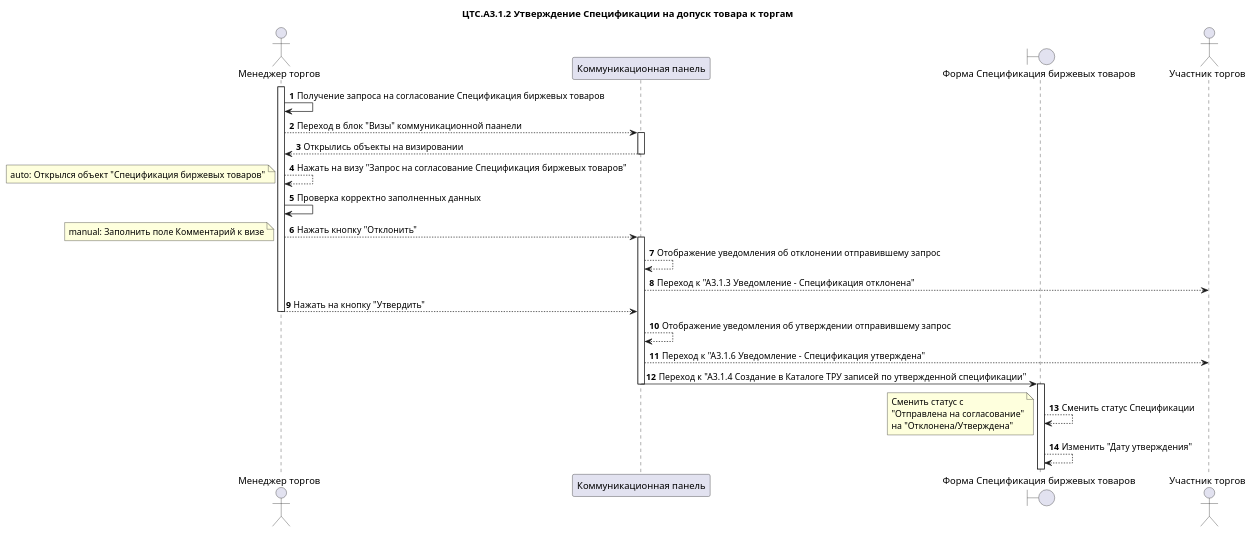
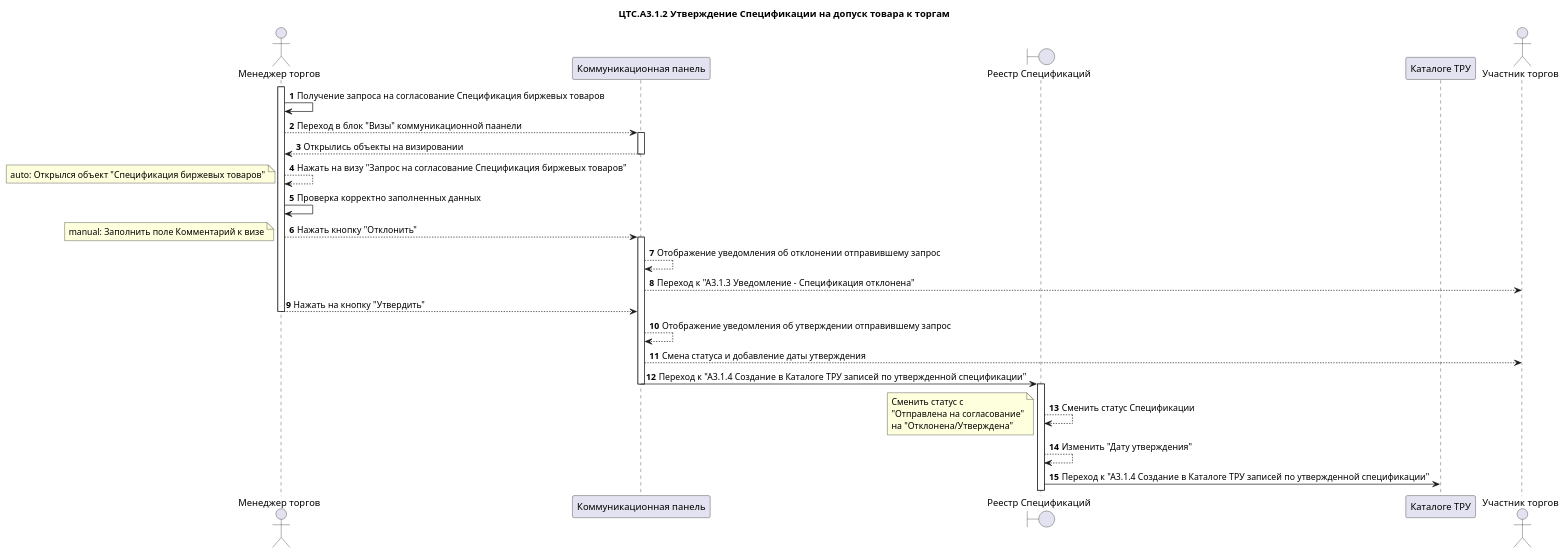
One commit to moaxmoaxpxrf4jag/CTS.Documentation changed the diagram in Project solutions/БП. Диаграммы/A3.Управление Каталогом ТРУ/А3.1 Допуск товара к торгам/ЦТС.А3.1.2 Утверждение Спецификации на допуск товара к торгам.wsd. Above: the diagram before and after it, drawn with PlantUML. The commit also changed 2 other files, not shown here.

```diff
--- a/Project solutions/БП. Диаграммы/A3.Управление Каталогом ТРУ/А3.1 Допуск товара к торгам/ЦТС.А3.1.2 Утверждение Спецификации на допуск товара к торгам.wsd
+++ b/Project solutions/БП. Диаграммы/A3.Управление Каталогом ТРУ/А3.1 Допуск товара к торгам/ЦТС.А3.1.2 Утверждение Спецификации на допуск товара к торгам.wsd
@@ -1,53 +1,56 @@
 @startuml "ЦТС.А3.1 Допуск товара к торгам"
 title "ЦТС.А3.1.2 Утверждение Спецификации на допуск товара к торгам"
 actor "Менеджер торгов" as UserCTS
 participant "Коммуникационная панель" as CommunicationPanel
-boundary "Форма Спецификация биржевых товаров" as Specification
+boundary "Реестр Спецификаций" as Specification
+participant "Каталоге ТРУ" as Communication
 actor "Участник торгов" as User
 
 autonumber
 
 activate UserCTS
 UserCTS->UserCTS: Получение запроса на согласование Спецификация биржевых товаров
 
 
 UserCTS-->CommunicationPanel: Переход в блок "Визы" коммуникационной паанели
 activate CommunicationPanel
 CommunicationPanel-->UserCTS: Открылись объекты на визировании
 deactivate CommunicationPanel
 UserCTS-->UserCTS: Нажать на визу "Запрос на согласование Спецификация биржевых товаров"
 
 note left
  auto: Открылся объект "Спецификация биржевых товаров"
 end note 
 
 UserCTS->UserCTS: Проверка корректно заполненных данных
 
         UserCTS-->CommunicationPanel: Нажать кнопку "Отклонить"
     note left
          manual: Заполнить поле Комментарий к визе
     end note
     activate CommunicationPanel
 
 CommunicationPanel-->CommunicationPanel: Отображение уведомления об отклонении отправившему запрос
 
 CommunicationPanel-->User: Переход к "А3.1.3 Уведомление – Спецификация отклонена"
 
 UserCTS-->CommunicationPanel: Нажать на кнопку "Утвердить"
 deactivate UserCTS
 CommunicationPanel-->CommunicationPanel: Отображение уведомления об утверждении отправившему запрос
 deactivate UserCTS
-CommunicationPanel-->User: Переход к "А3.1.6 Уведомление – Спецификация утверждена"
+CommunicationPanel-->User: Смена статуса и добавление даты утверждения
 
 CommunicationPanel->Specification: Переход к "А3.1.4 Создание в Каталоге ТРУ записей по утвержденной спецификации"
 deactivate CommunicationPanel
 activate Specification
 Specification-->Specification: Сменить статус Спецификации
 note left
     Сменить статус с
     "Отправлена на согласование"
     на "Отклонена/Утверждена"
 end note
 Specification-->Specification: Изменить "Дату утверждения"
 
+Specification->Communication: Переход к "А3.1.4 Создание в Каталоге ТРУ записей по утвержденной спецификации"
+
 @enduml
```
